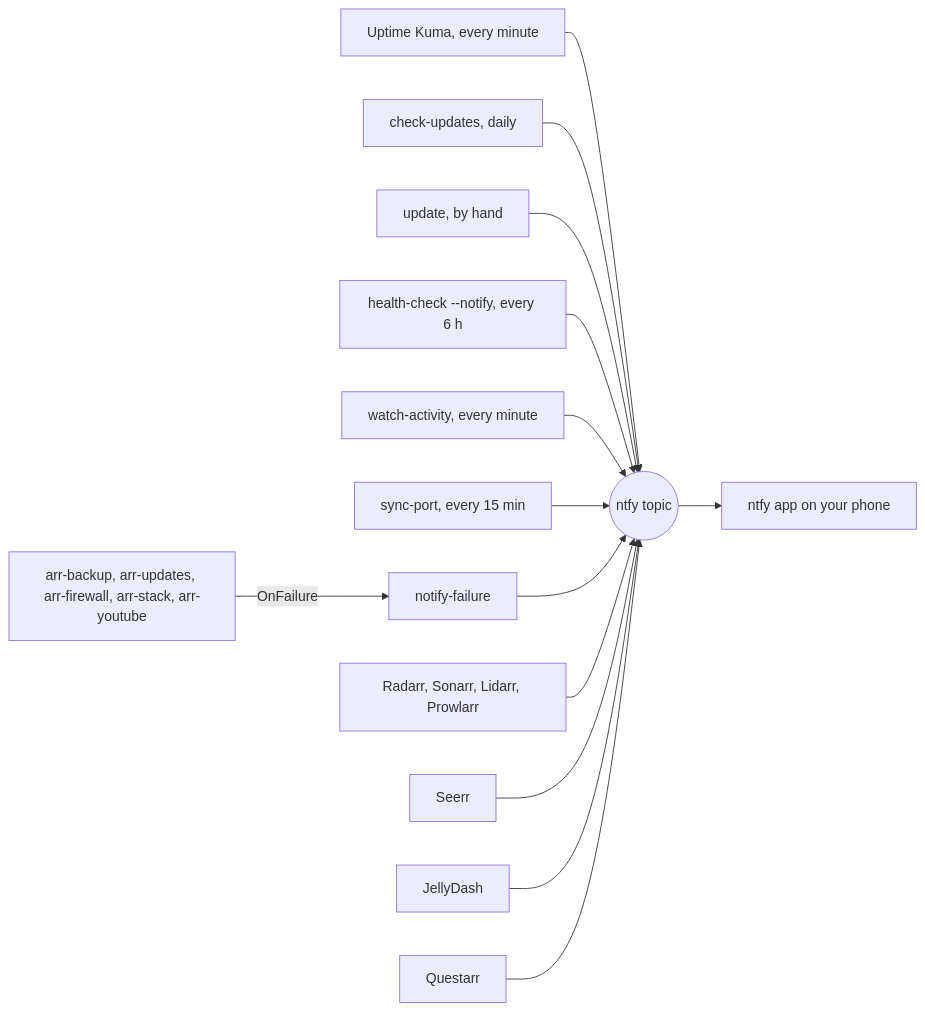
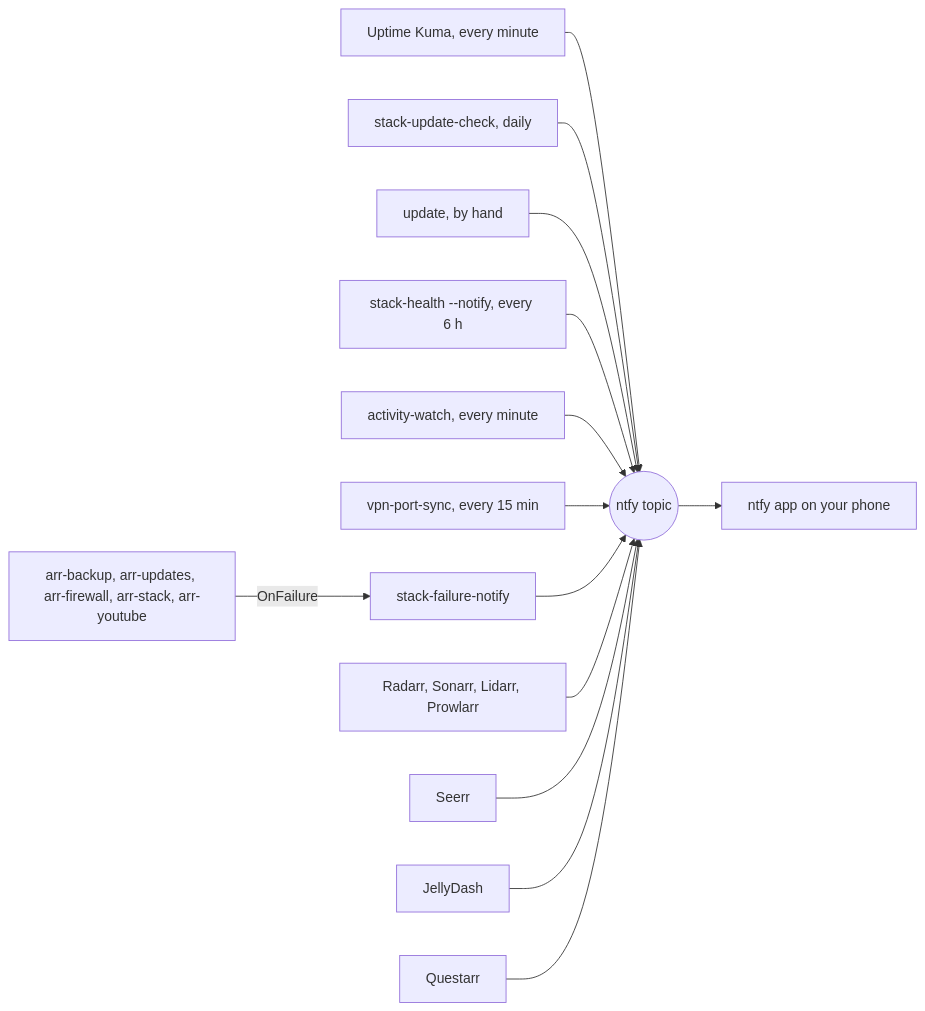
One commit to bugrauluyurt/homelab-media-stack changed the second of 2 diagrams in docs/flows/monitoring.md. Above: the diagram before and after it, drawn with Mermaid. The commit also changed other lines of this file and 200 other files, not shown here.

````diff
--- a/docs/flows/monitoring.md
+++ b/docs/flows/monitoring.md
@@ -217,16 +217,16 @@
 ```mermaid
 flowchart LR
     KUMA["Uptime Kuma, every minute"] --> TOPIC(("ntfy topic"))
-    CU["check-updates, daily"] --> TOPIC
+    CU["stack-update-check, daily"] --> TOPIC
     UPD["update, by hand"] --> TOPIC
-    HC["health-check --notify, every 6 h"] --> TOPIC
-    WA["watch-activity, every minute"] --> TOPIC
-    SP["sync-port, every 15 min"] --> TOPIC
-    UNITS["arr-backup, arr-updates, arr-firewall, arr-stack, arr-youtube"] -->|"OnFailure"| NF["notify-failure"]
+    HC["stack-health --notify, every 6 h"] --> TOPIC
+    WA["activity-watch, every minute"] --> TOPIC
+    SP["vpn-port-sync, every 15 min"] --> TOPIC
+    UNITS["arr-backup, arr-updates, arr-firewall, arr-stack, arr-youtube"] -->|"OnFailure"| NF["stack-failure-notify"]
     NF --> TOPIC
     ARR["Radarr, Sonarr, Lidarr, Prowlarr"] --> TOPIC
     SEERR["Seerr"] --> TOPIC
     JD["JellyDash"] --> TOPIC
     QA["Questarr"] --> TOPIC
     TOPIC --> PHONE["ntfy app on your phone"]
 ```
````
